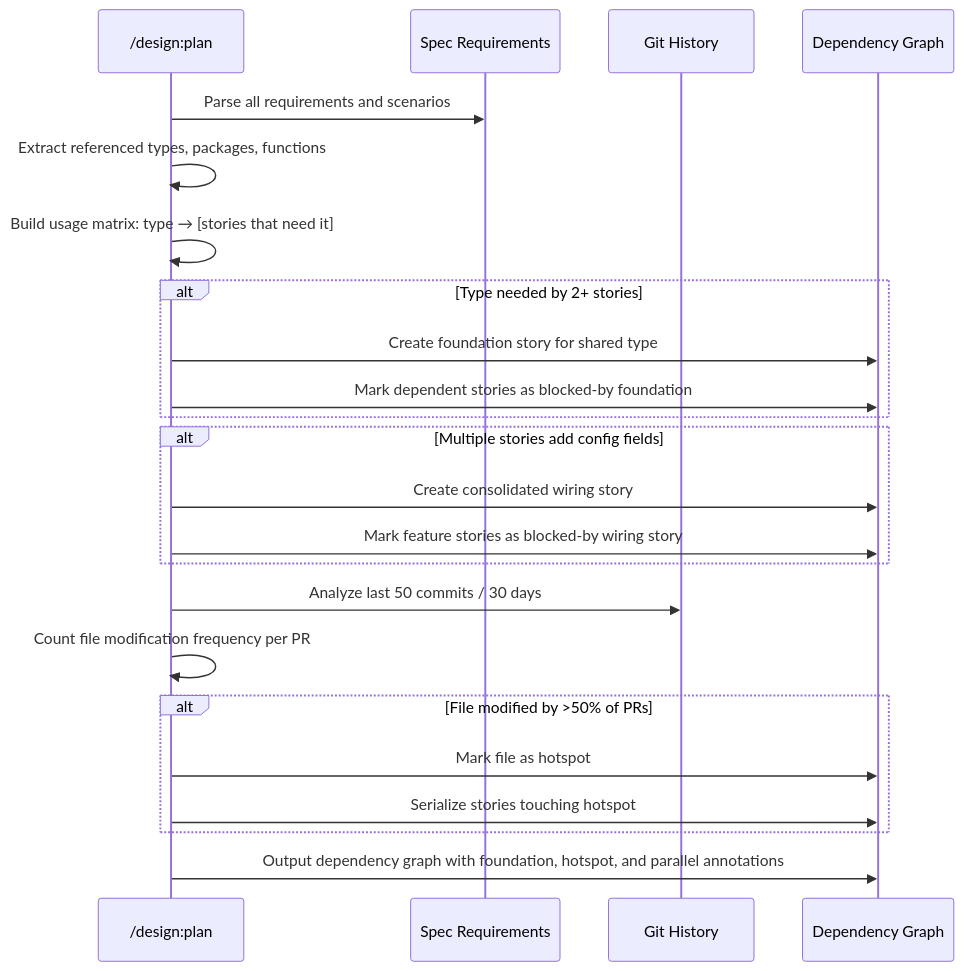
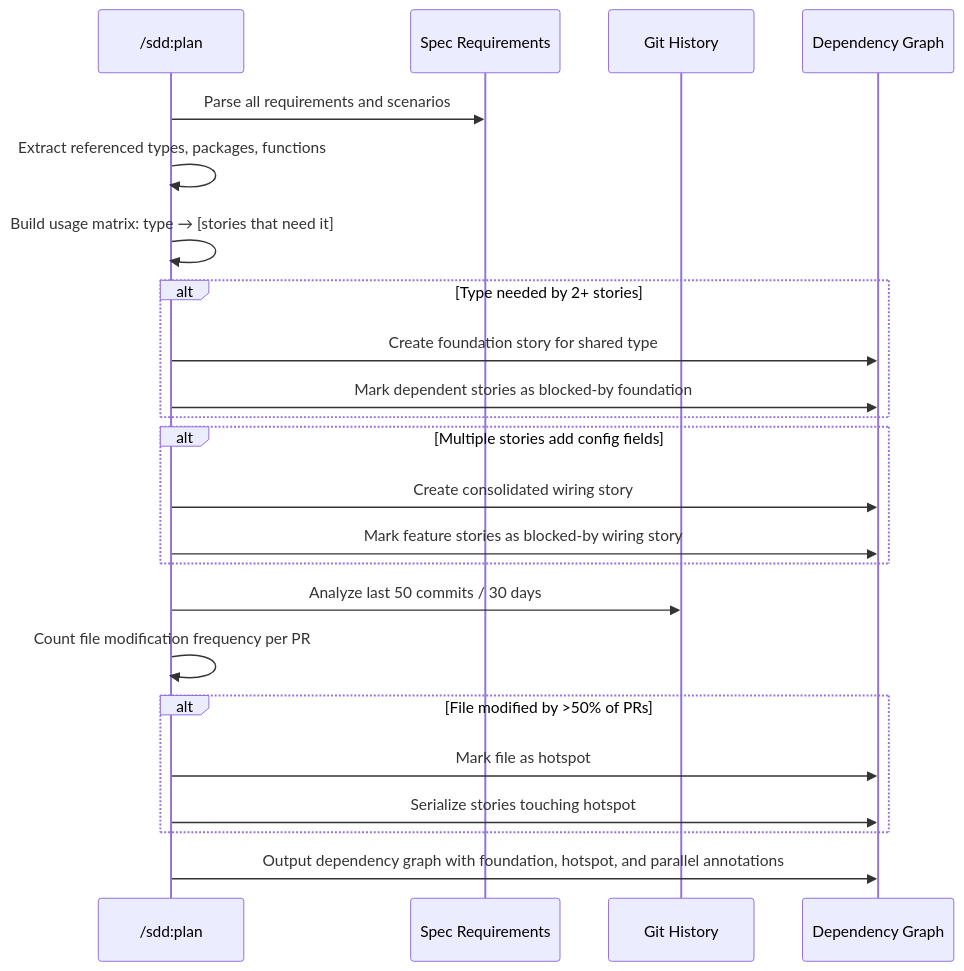
One commit to joestump/claude-plugin-sdd changed the second of 3 diagrams in docs/openspec/specs/parallel-agent-coordination/design.md. Above: the diagram before and after it, drawn with Mermaid. The commit also changed other lines of this file and 106 other files, not shown here.

First line of the commit message:
Rename plugin from design to sdd (Spec-Driven Development)

````diff
--- a/docs/openspec/specs/parallel-agent-coordination/design.md
+++ b/docs/openspec/specs/parallel-agent-coordination/design.md
@@ -169,31 +169,31 @@
 ```mermaid
 sequenceDiagram
-    participant P as /design:plan
+    participant P as /sdd:plan
     participant S as Spec Requirements
     participant G as Git History
     participant D as Dependency Graph
 
     P->>S: Parse all requirements and scenarios
     P->>P: Extract referenced types, packages, functions
     P->>P: Build usage matrix: type → [stories that need it]
 
     alt Type needed by 2+ stories
         P->>D: Create foundation story for shared type
         P->>D: Mark dependent stories as blocked-by foundation
     end
 
     alt Multiple stories add config fields
         P->>D: Create consolidated wiring story
         P->>D: Mark feature stories as blocked-by wiring story
     end
 
     P->>G: Analyze last 50 commits / 30 days
     P->>P: Count file modification frequency per PR
 
     alt File modified by >50% of PRs
         P->>D: Mark file as hotspot
         P->>D: Serialize stories touching hotspot
     end
 
     P->>D: Output dependency graph with foundation, hotspot, and parallel annotations
 ```
````
